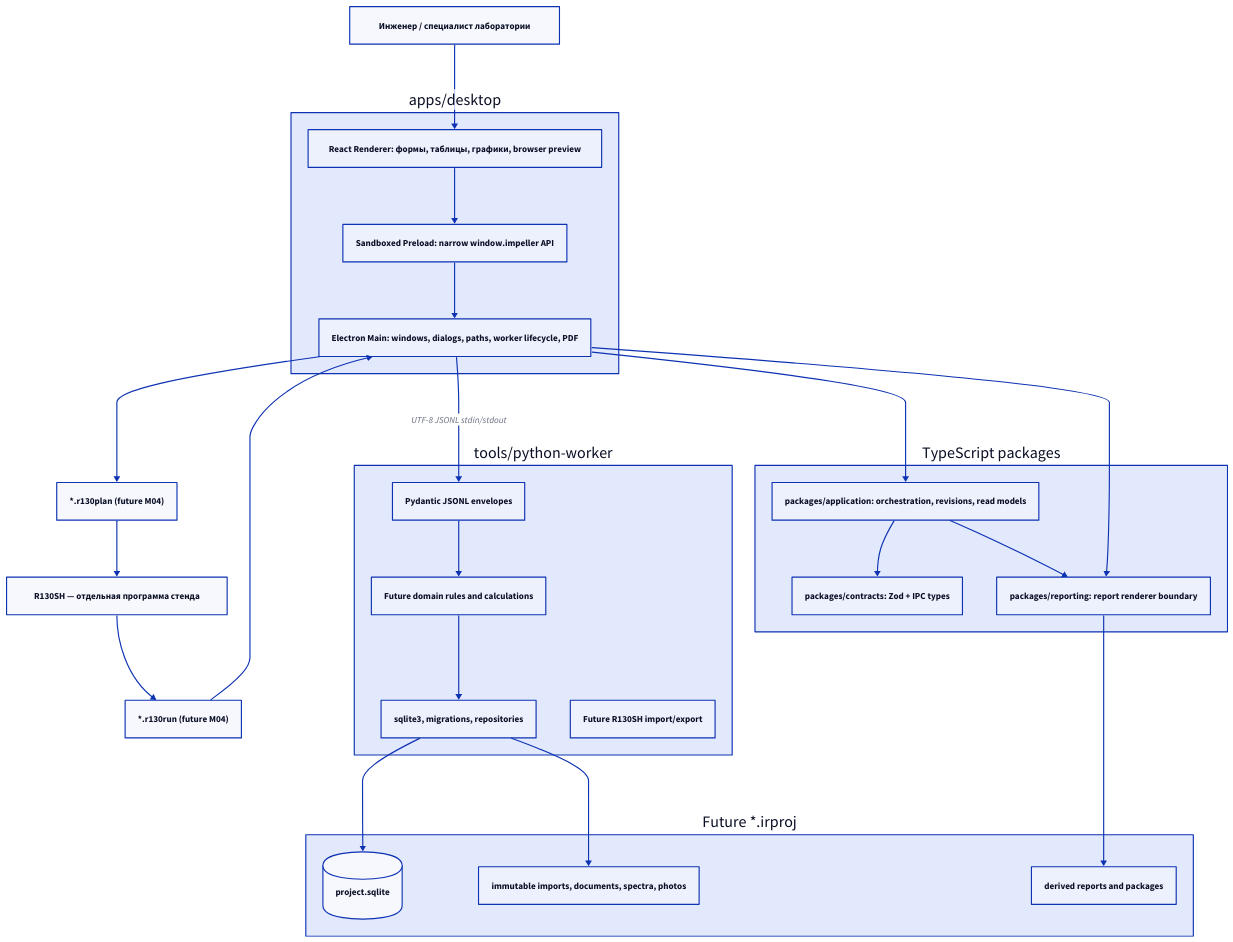
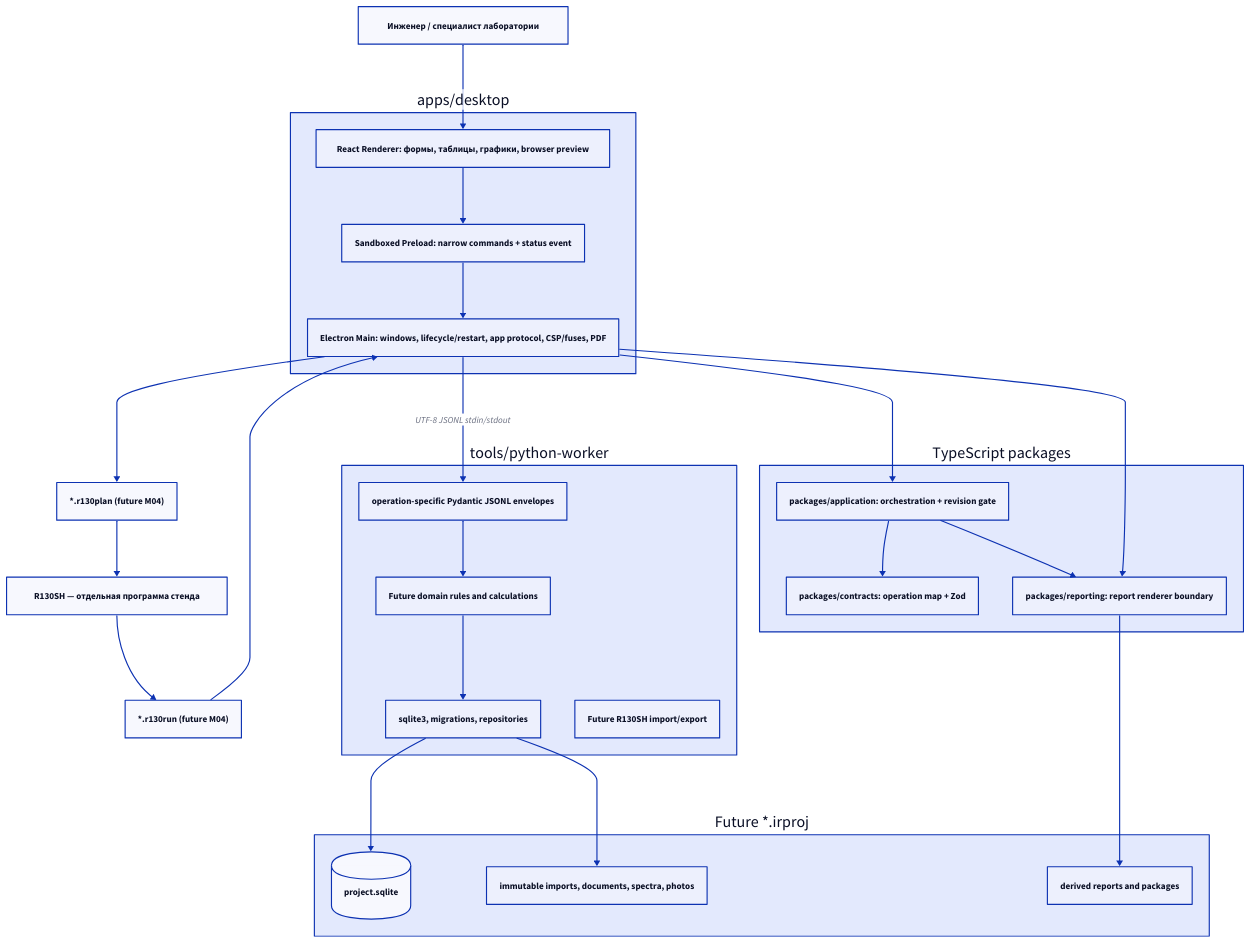
Before and after one commit to vitalcc55/impeller-reliability: the diagram in docs/architecture/system-context-module-map.md, drawn with D2. The commit also changed other lines of this file and 58 other files, not shown here.

````diff
--- a/docs/architecture/system-context-module-map.md
+++ b/docs/architecture/system-context-module-map.md
@@ -5,52 +5,52 @@
 ```d2
 direction: down
 
 Engineer: "Инженер / специалист лаборатории"
 R130SH: "R130SH — отдельная программа стенда"
 PlanPackage: "*.r130plan (future M04)"
 RunPackage: "*.r130run (future M04)"
 
 Desktop: "apps/desktop" {
   Renderer: "React Renderer: формы, таблицы, графики, browser preview"
-  Preload: "Sandboxed Preload: narrow window.impeller API"
-  Main: "Electron Main: windows, dialogs, paths, worker lifecycle, PDF"
+  Preload: "Sandboxed Preload: narrow commands + status event"
+  Main: "Electron Main: windows, lifecycle/restart, app protocol, CSP/fuses, PDF"
 }
 
 TypeScript: "TypeScript packages" {
-  Contracts: "packages/contracts: Zod + IPC types"
-  Application: "packages/application: orchestration, revisions, read models"
+  Contracts: "packages/contracts: operation map + Zod"
+  Application: "packages/application: orchestration + revision gate"
   Reporting: "packages/reporting: report renderer boundary"
 }
 
 Worker: "tools/python-worker" {
-  Protocol: "Pydantic JSONL envelopes"
+  Protocol: "operation-specific Pydantic JSONL envelopes"
   Domain: "Future domain rules and calculations"
   Persistence: "sqlite3, migrations, repositories"
   Integration: "Future R130SH import/export"
 }
 
 Project: "Future *.irproj" {
   Database: "project.sqlite" { shape: cylinder }
   Assets: "immutable imports, documents, spectra, photos"
   Exports: "derived reports and packages"
 }
 
 Engineer -> Desktop.Renderer
 Desktop.Renderer -> Desktop.Preload
 Desktop.Preload -> Desktop.Main
 Desktop.Main -> TypeScript.Application
 TypeScript.Application -> TypeScript.Contracts
 Desktop.Main -> Worker.Protocol: "UTF-8 JSONL stdin/stdout"
 Worker.Protocol -> Worker.Domain
 Worker.Domain -> Worker.Persistence
 Worker.Persistence -> Project.Database
 Worker.Persistence -> Project.Assets
 TypeScript.Application -> TypeScript.Reporting
 Desktop.Main -> TypeScript.Reporting
 TypeScript.Reporting -> Project.Exports
 
 Desktop.Main -> PlanPackage
 PlanPackage -> R130SH
 R130SH -> RunPackage
 RunPackage -> Desktop.Main
 ```
````
